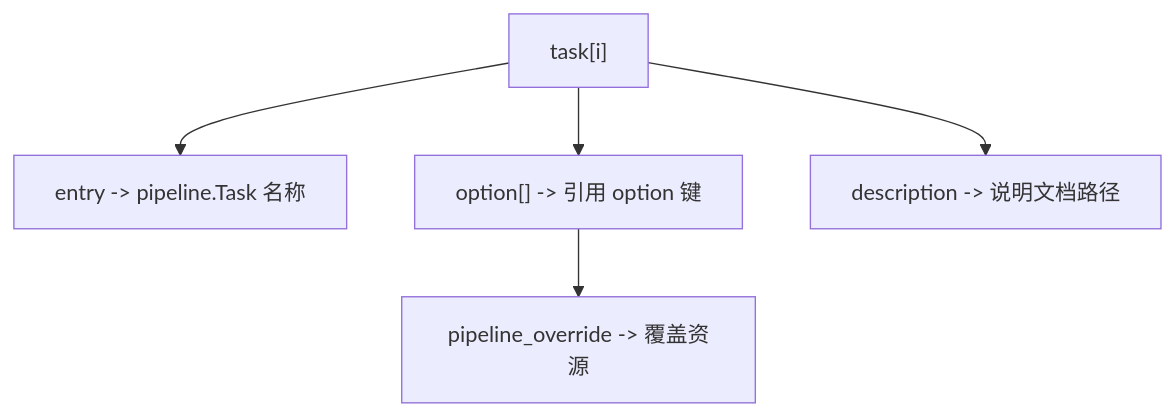
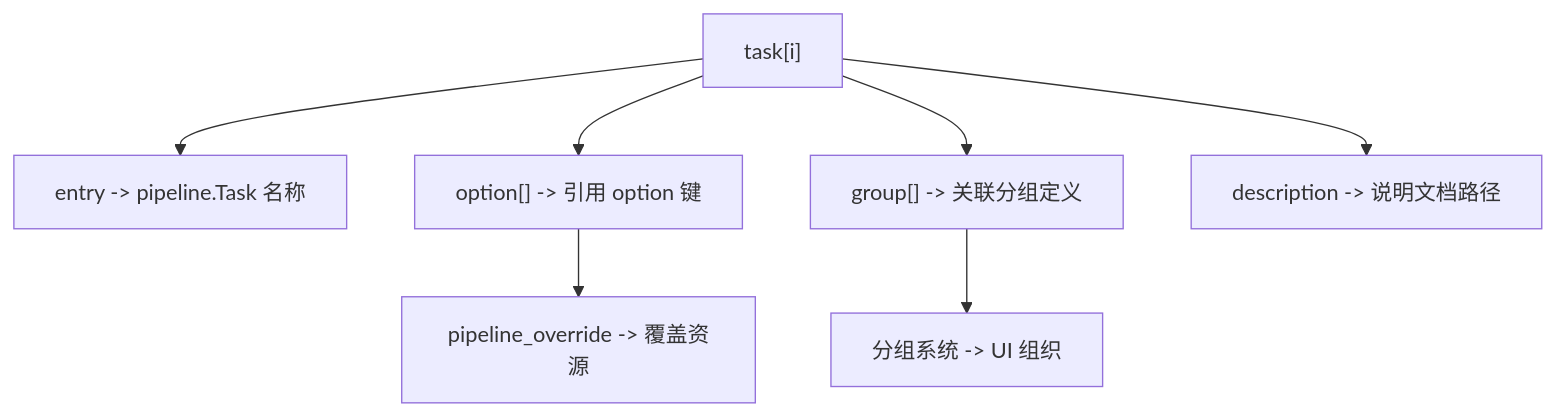
One commit to kqcoxn/MaaDuDuL changed the seventh of 8 diagrams in .qoder/repowiki/zh/content/系统架构与设计/配置体系与资源管理/界面接口配置/界面接口配置.md. Above: the diagram before and after it, drawn with Mermaid. The commit also changed other lines of this file and 12 other files, not shown here.

````diff
--- a/.qoder/repowiki/zh/content/系统架构与设计/配置体系与资源管理/界面接口配置/界面接口配置.md
+++ b/.qoder/repowiki/zh/content/系统架构与设计/配置体系与资源管理/界面接口配置/界面接口配置.md
@@ -370,7 +442,9 @@
 ```mermaid
 flowchart TD
 T["task[i]"] --> E["entry -> pipeline.Task 名称"]
 T --> Opts["option[] -> 引用 option 键"]
+T --> Grp["group[] -> 关联分组定义"]
 Opts --> P["pipeline_override -> 覆盖资源"]
 T --> D["description -> 说明文档路径"]
+Grp --> G["分组系统 -> UI 组织"]
 ```
````
